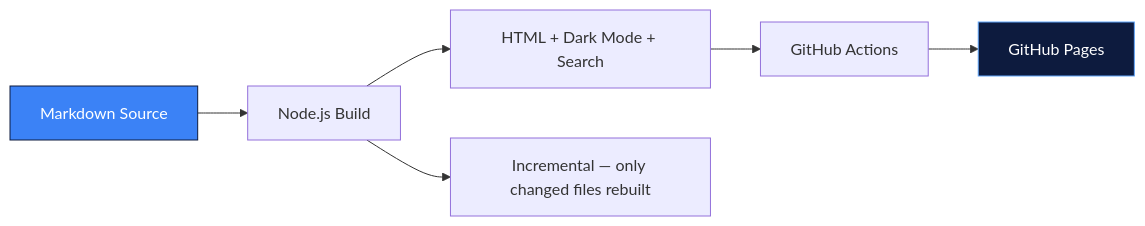
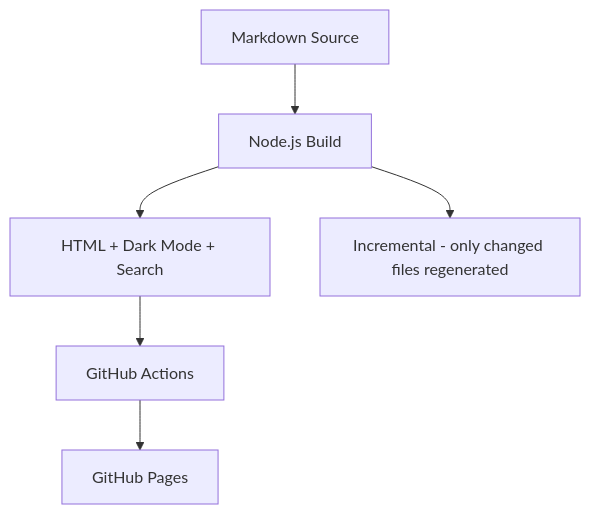
One commit to Santhosh-p653/Santhosh-p653 changed the seventh of 7 diagrams in README.md. Above: the diagram before and after it, drawn with Mermaid. The commit also changed other lines of this file, not shown here.

````diff
--- a/README.md
+++ b/README.md
@@ -262,11 +321,8 @@
 ```mermaid
-flowchart LR
+flowchart TD
     A[Markdown Source] --> B[Node.js Build]
     B --> C[HTML + Dark Mode + Search]
     C --> D[GitHub Actions]
     D --> E[GitHub Pages]
-    B --> F[Incremental — only changed files rebuilt]
-
-    style A fill:#3b82f6,stroke:#0d1b3e,color:#fff
-    style E fill:#0d1b3e,stroke:#60a5fa,color:#fff
+    B --> F[Incremental - only changed files regenerated]
 ```
````
